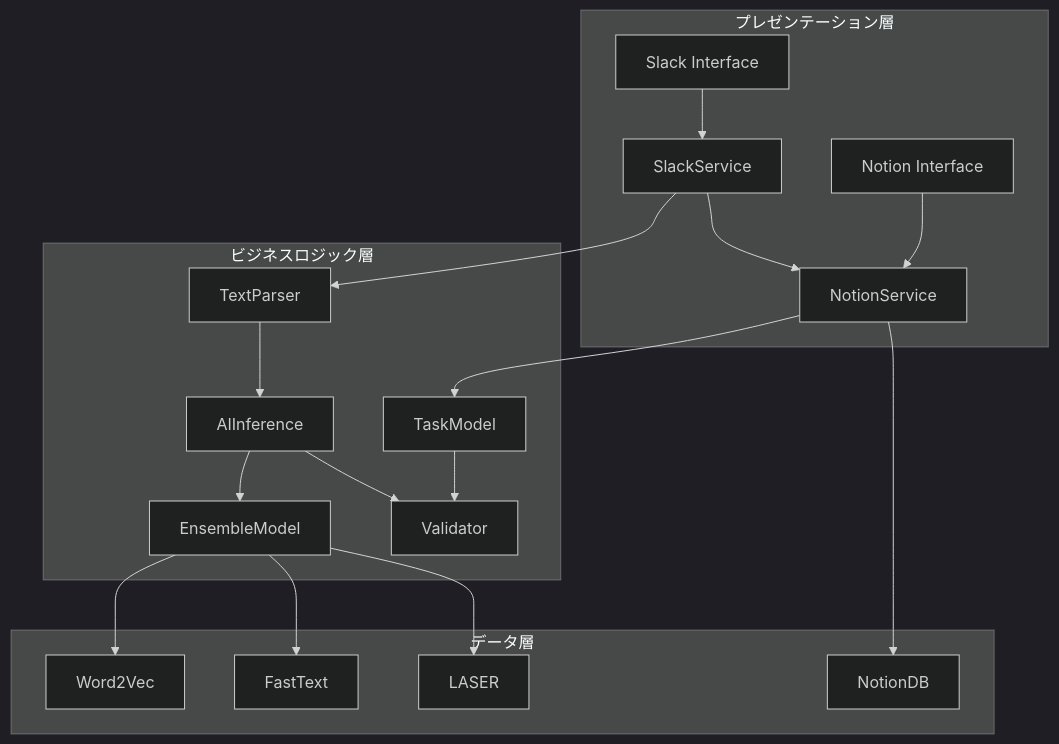
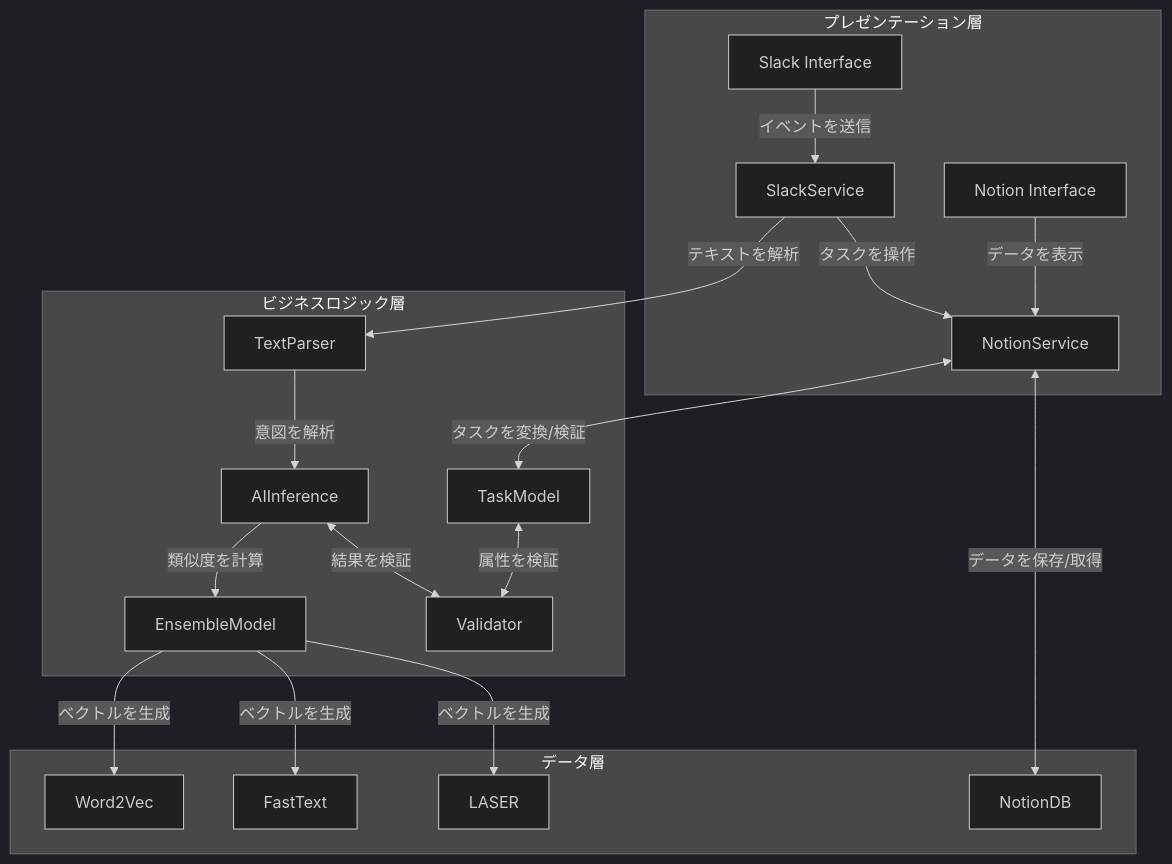
Before and after one commit to YL08140921/Task-Manager-for-Slack-bot: the first of 3 diagrams in docs/システム概要.md, drawn with Mermaid (dark theme).

Commit message:
システム概要のdocs-修正

````diff
--- a/docs/システム概要.md
+++ b/docs/システム概要.md
@@ -18,26 +18,26 @@
 ```mermaid
 graph TB
     subgraph "プレゼンテーション層"
-        A[Slack Interface] --> B[SlackService]
-        C[Notion Interface] --> D[NotionService]
+        A[Slack Interface] -->|イベントを送信| B[SlackService]
+        C[Notion Interface] -->|データを表示| D[NotionService]
     end
 
     subgraph "ビジネスロジック層"
-        B --> E[TextParser]
-        B --> D
+        B -->|テキストを解析| E[TextParser]
+        B -->|タスクを操作| D
         
-        E --> F[AIInference]
-        F --> G[EnsembleModel]
-        F --> H[Validator]
+        E -->|意図を解析| F[AIInference]
+        F -->|類似度を計算| G[EnsembleModel]
+        F <-->|結果を検証| H[Validator]
         
-        D --> I[TaskModel]
-        I --> H
+        D <-->|タスクを変換/検証| I[TaskModel]
+        I <-->|属性を検証| H
     end
 
     subgraph "データ層"
-        G --> J[Word2Vec]
-        G --> K[FastText]
-        G --> L[LASER]
-        D --> M[NotionDB]
+        G -->|ベクトルを生成| J[Word2Vec]
+        G -->|ベクトルを生成| K[FastText]
+        G -->|ベクトルを生成| L[LASER]
+        D <-->|データを保存/取得| M[NotionDB]
     end
 ```
````
